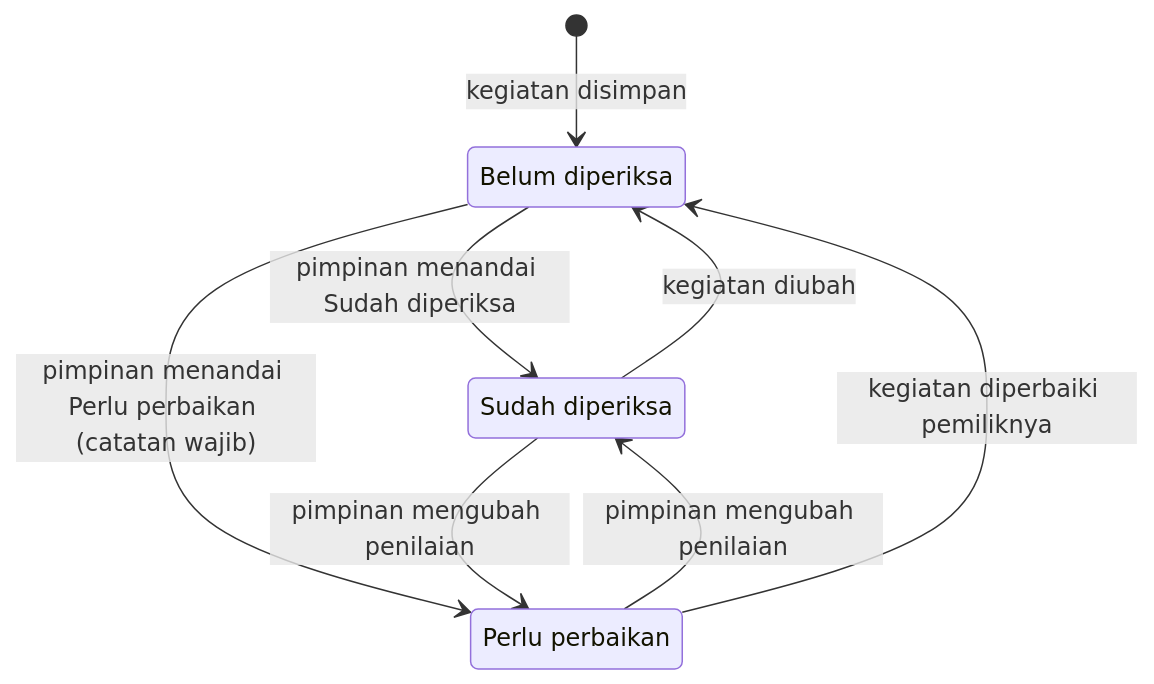
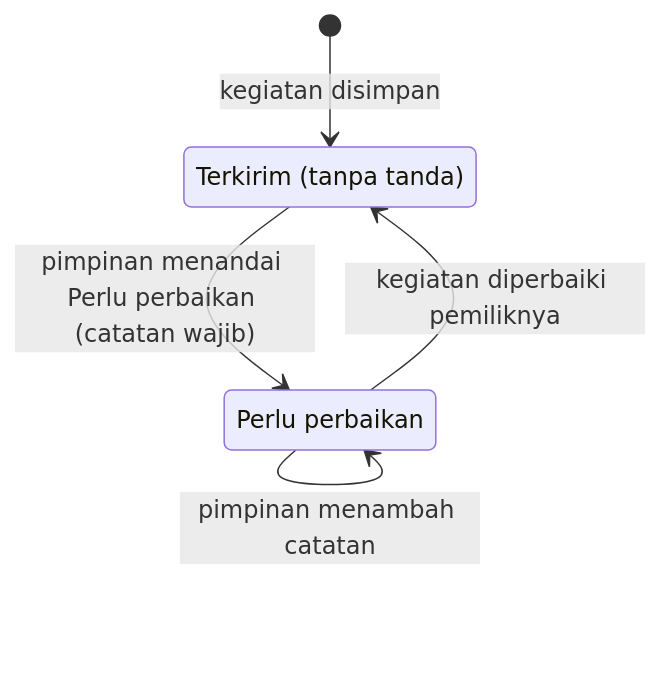
One commit to AhmadsTechDev/kegiatan-kominfo changed the second of 4 diagrams in docs/uml/06-state.md. Above: the diagram before and after it, drawn with Mermaid. The commit also changed other lines of this file and 30 other files, not shown here.

First line of the commit message:
feat: hapus status sudah/belum diperiksa, pimpinan cukup menandai perlu perbaikan

````diff
--- a/docs/uml/06-state.md
+++ b/docs/uml/06-state.md
@@ -34,14 +34,10 @@
 ```mermaid
 stateDiagram-v2
     [*] --> terkirim : kegiatan disimpan
-    terkirim --> diperiksa : pimpinan menandai Sudah diperiksa
     terkirim --> perlu_perbaikan : pimpinan menandai Perlu perbaikan (catatan wajib)
-    diperiksa --> perlu_perbaikan : pimpinan mengubah penilaian
-    perlu_perbaikan --> diperiksa : pimpinan mengubah penilaian
-    diperiksa --> terkirim : kegiatan diubah
+    perlu_perbaikan --> perlu_perbaikan : pimpinan menambah catatan
     perlu_perbaikan --> terkirim : kegiatan diperbaiki pemiliknya
 
-    terkirim : Belum diperiksa
-    diperiksa : Sudah diperiksa
+    terkirim : Terkirim (tanpa tanda)
     perlu_perbaikan : Perlu perbaikan
 ```
````
